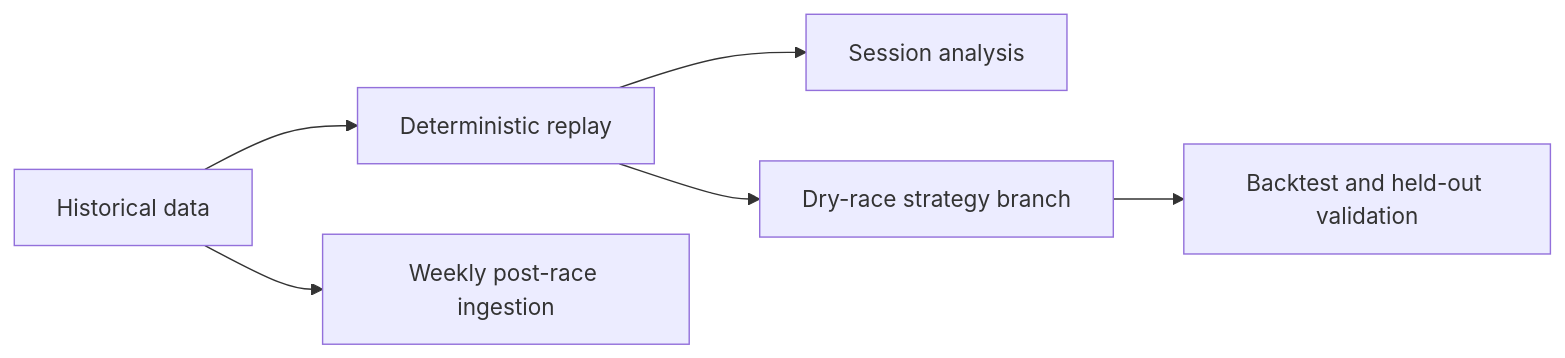
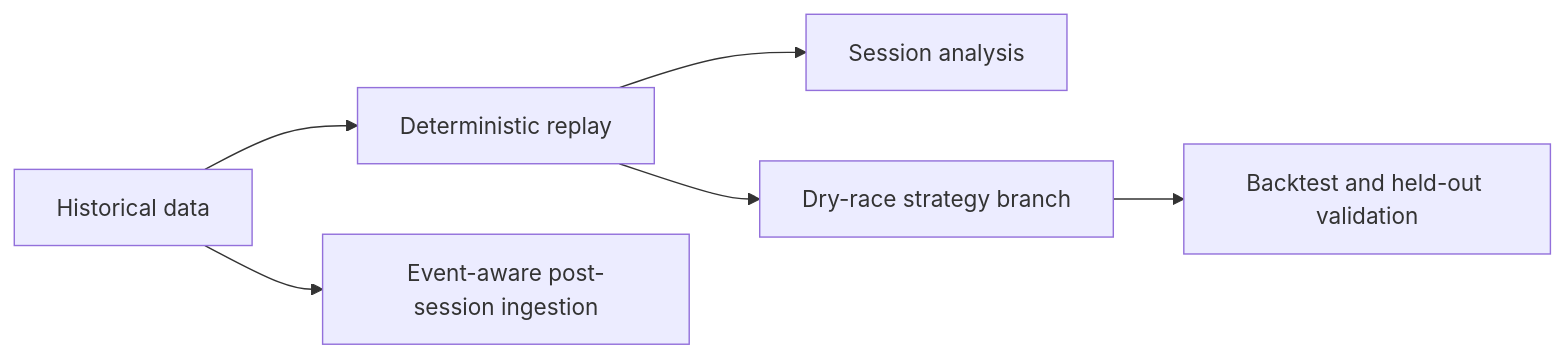
Before and after one commit to mohika05/pitwall: the diagram in docs/implementation-status.md, drawn with Mermaid. The commit also changed other lines of this file and 4 other files, not shown here.

````diff
--- a/docs/implementation-status.md
+++ b/docs/implementation-status.md
@@ -6,8 +6,8 @@
 ```mermaid
 flowchart LR
     DATA[Historical data] --> REPLAY[Deterministic replay]
     REPLAY --> ANALYZE[Session analysis]
     REPLAY --> STRATEGY[Dry-race strategy branch]
     STRATEGY --> VALIDATE[Backtest and held-out validation]
-    DATA --> AUTO[Weekly post-race ingestion]
+    DATA --> AUTO[Event-aware post-session ingestion]
 ```
````
